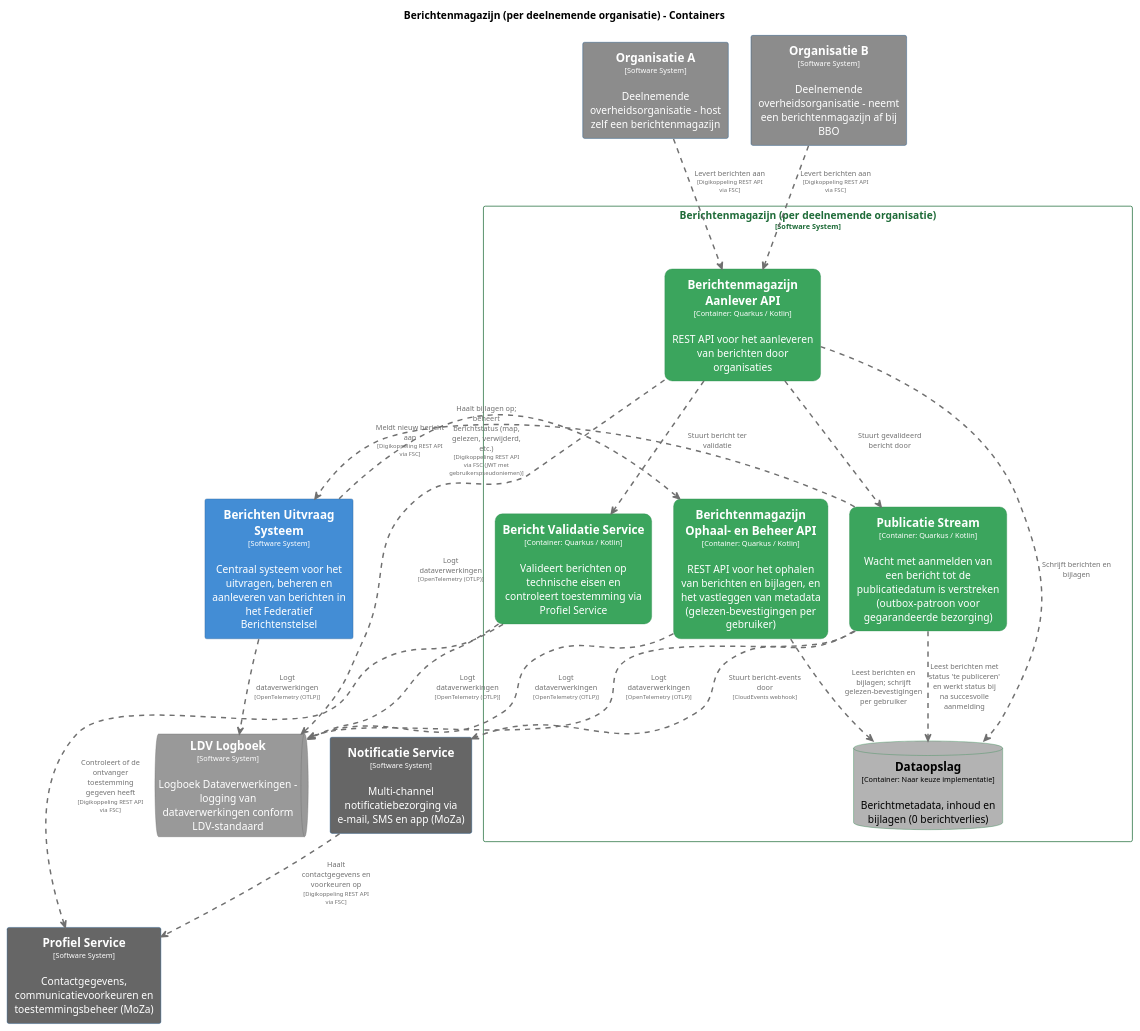
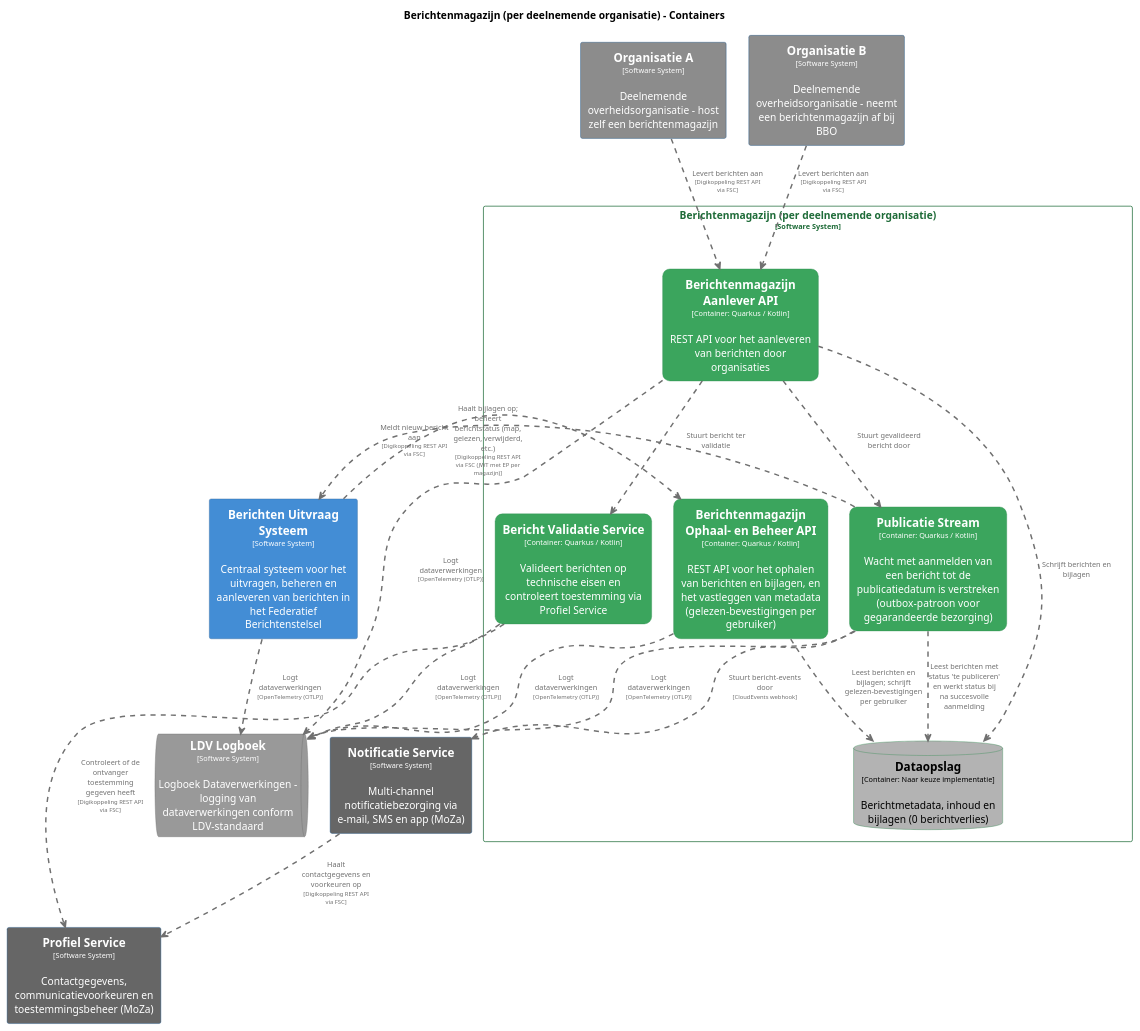
Before and after one commit to MinBZK/moza-poc-fbs-berichtenbox: the diagram in pr-preview/pr-22/master/puml/BerichtenmagazijnContainers.puml, drawn with PlantUML. The commit also changed 34 other files, not shown here.

```diff
--- a/pr-preview/pr-22/master/puml/BerichtenmagazijnContainers.puml
+++ b/pr-preview/pr-22/master/puml/BerichtenmagazijnContainers.puml
@@ -1,126 +1,126 @@
 @startuml
 set separator none
 title Berichtenmagazijn (per deelnemende organisatie) - Containers
 
 top to bottom direction
 skinparam ranksep 60
 skinparam nodesep 30
 
 skinparam {
   arrowFontSize 10
   defaultTextAlignment center
   wrapWidth 200
   maxMessageSize 100
 }
 
 hide stereotype
 
 skinparam rectangle<<Berichtenmagazijnperdeelnemendeorganisatie.BerichtValidatieService>> {
   BackgroundColor #3ba55d
   FontColor #ffffff
   BorderColor #2d8a4e
   roundCorner 20
   shadowing false
 }
 skinparam rectangle<<BerichtenUitvraagSysteem>> {
   BackgroundColor #438dd5
   FontColor #ffffff
   BorderColor #2e6295
   shadowing false
 }
 skinparam rectangle<<Berichtenmagazijnperdeelnemendeorganisatie.BerichtenmagazijnAanleverAPI>> {
   BackgroundColor #3ba55d
   FontColor #ffffff
   BorderColor #2d8a4e
   roundCorner 20
   shadowing false
 }
 skinparam rectangle<<Berichtenmagazijnperdeelnemendeorganisatie.BerichtenmagazijnOphaalenBeheerAPI>> {
   BackgroundColor #3ba55d
   FontColor #ffffff
   BorderColor #2d8a4e
   roundCorner 20
   shadowing false
 }
 skinparam database<<Berichtenmagazijnperdeelnemendeorganisatie.Dataopslag>> {
   BackgroundColor #b3b3b3
   FontColor #000000
   BorderColor #2d8a4e
   shadowing false
 }
 skinparam queue<<LDVLogboek>> {
   BackgroundColor #999999
   FontColor #ffffff
   BorderColor #6b6b6b
   shadowing false
 }
 skinparam rectangle<<NotificatieService>> {
   BackgroundColor #666666
   FontColor #ffffff
   BorderColor #0b4884
   shadowing false
 }
 skinparam rectangle<<OrganisatieA>> {
   BackgroundColor #8c8c8c
   FontColor #ffffff
   BorderColor #0b4884
   shadowing false
 }
 skinparam rectangle<<OrganisatieB>> {
   BackgroundColor #8c8c8c
   FontColor #ffffff
   BorderColor #0b4884
   shadowing false
 }
 skinparam rectangle<<ProfielService>> {
   BackgroundColor #666666
   FontColor #ffffff
   BorderColor #0b4884
   shadowing false
 }
 skinparam rectangle<<Berichtenmagazijnperdeelnemendeorganisatie.PublicatieStream>> {
   BackgroundColor #3ba55d
   FontColor #ffffff
   BorderColor #2d8a4e
   roundCorner 20
   shadowing false
 }
 skinparam rectangle<<Berichtenmagazijnperdeelnemendeorganisatie>> {
   BorderColor #1e6b38
   FontColor #1e6b38
   shadowing false
 }
 
 rectangle "==Profiel Service\n<size:10>[Software System]</size>\n\nContactgegevens, communicatievoorkeuren en toestemmingsbeheer (MoZa)" <<ProfielService>> as ProfielService
 rectangle "==Notificatie Service\n<size:10>[Software System]</size>\n\nMulti-channel notificatiebezorging via e-mail, SMS en app (MoZa)" <<NotificatieService>> as NotificatieService
 rectangle "==Organisatie A\n<size:10>[Software System]</size>\n\nDeelnemende overheidsorganisatie - host zelf een berichtenmagazijn" <<OrganisatieA>> as OrganisatieA
 rectangle "==Organisatie B\n<size:10>[Software System]</size>\n\nDeelnemende overheidsorganisatie - neemt een berichtenmagazijn af bij BBO" <<OrganisatieB>> as OrganisatieB
 rectangle "==Berichten Uitvraag Systeem\n<size:10>[Software System]</size>\n\nCentraal systeem voor het uitvragen, beheren en aanleveren van berichten in het Federatief Berichtenstelsel" <<BerichtenUitvraagSysteem>> as BerichtenUitvraagSysteem
 queue "==LDV Logboek\n<size:10>[Software System]</size>\n\nLogboek Dataverwerkingen - logging van dataverwerkingen conform LDV-standaard" <<LDVLogboek>> as LDVLogboek
 
 rectangle "Berichtenmagazijn (per deelnemende organisatie)\n<size:10>[Software System]</size>" <<Berichtenmagazijnperdeelnemendeorganisatie>> {
   rectangle "==Berichtenmagazijn Ophaal- en Beheer API\n<size:10>[Container: Quarkus / Kotlin]</size>\n\nREST API voor het ophalen van berichten en bijlagen, en het vastleggen van metadata (gelezen-bevestigingen per gebruiker)" <<Berichtenmagazijnperdeelnemendeorganisatie.BerichtenmagazijnOphaalenBeheerAPI>> as Berichtenmagazijnperdeelnemendeorganisatie.BerichtenmagazijnOphaalenBeheerAPI
   rectangle "==Berichtenmagazijn Aanlever API\n<size:10>[Container: Quarkus / Kotlin]</size>\n\nREST API voor het aanleveren van berichten door organisaties" <<Berichtenmagazijnperdeelnemendeorganisatie.BerichtenmagazijnAanleverAPI>> as Berichtenmagazijnperdeelnemendeorganisatie.BerichtenmagazijnAanleverAPI
   database "==Dataopslag\n<size:10>[Container: Naar keuze implementatie]</size>\n\nBerichtmetadata, inhoud en bijlagen (0 berichtverlies)" <<Berichtenmagazijnperdeelnemendeorganisatie.Dataopslag>> as Berichtenmagazijnperdeelnemendeorganisatie.Dataopslag
   rectangle "==Bericht Validatie Service\n<size:10>[Container: Quarkus / Kotlin]</size>\n\nValideert berichten op technische eisen en controleert toestemming via Profiel Service" <<Berichtenmagazijnperdeelnemendeorganisatie.BerichtValidatieService>> as Berichtenmagazijnperdeelnemendeorganisatie.BerichtValidatieService
   rectangle "==Publicatie Stream\n<size:10>[Container: Quarkus / Kotlin]</size>\n\nWacht met aanmelden van een bericht tot de publicatiedatum is verstreken (outbox-patroon voor gegarandeerde bezorging)" <<Berichtenmagazijnperdeelnemendeorganisatie.PublicatieStream>> as Berichtenmagazijnperdeelnemendeorganisatie.PublicatieStream
 }
 
 Berichtenmagazijnperdeelnemendeorganisatie.BerichtenmagazijnOphaalenBeheerAPI .[#707070,thickness=2].> LDVLogboek : "<color:#707070>Logt dataverwerkingen\n<color:#707070><size:8>[OpenTelemetry (OTLP)]</size>"
 Berichtenmagazijnperdeelnemendeorganisatie.BerichtenmagazijnAanleverAPI .[#707070,thickness=2].> LDVLogboek : "<color:#707070>Logt dataverwerkingen\n<color:#707070><size:8>[OpenTelemetry (OTLP)]</size>"
 Berichtenmagazijnperdeelnemendeorganisatie.BerichtValidatieService .[#707070,thickness=2].> LDVLogboek : "<color:#707070>Logt dataverwerkingen\n<color:#707070><size:8>[OpenTelemetry (OTLP)]</size>"
 BerichtenUitvraagSysteem .[#707070,thickness=2].> LDVLogboek : "<color:#707070>Logt dataverwerkingen\n<color:#707070><size:8>[OpenTelemetry (OTLP)]</size>"
 Berichtenmagazijnperdeelnemendeorganisatie.PublicatieStream .[#707070,thickness=2].> LDVLogboek : "<color:#707070>Logt dataverwerkingen\n<color:#707070><size:8>[OpenTelemetry (OTLP)]</size>"
 Berichtenmagazijnperdeelnemendeorganisatie.BerichtenmagazijnOphaalenBeheerAPI .[#707070,thickness=2].> Berichtenmagazijnperdeelnemendeorganisatie.Dataopslag : "<color:#707070>Leest berichten en bijlagen; schrijft gelezen-bevestigingen per gebruiker"
 Berichtenmagazijnperdeelnemendeorganisatie.BerichtenmagazijnAanleverAPI .[#707070,thickness=2].> Berichtenmagazijnperdeelnemendeorganisatie.Dataopslag : "<color:#707070>Schrijft berichten en bijlagen"
 Berichtenmagazijnperdeelnemendeorganisatie.BerichtenmagazijnAanleverAPI .[#707070,thickness=2].> Berichtenmagazijnperdeelnemendeorganisatie.BerichtValidatieService : "<color:#707070>Stuurt bericht ter validatie"
 Berichtenmagazijnperdeelnemendeorganisatie.BerichtenmagazijnAanleverAPI .[#707070,thickness=2].> Berichtenmagazijnperdeelnemendeorganisatie.PublicatieStream : "<color:#707070>Stuurt gevalideerd bericht door"
 Berichtenmagazijnperdeelnemendeorganisatie.PublicatieStream .[#707070,thickness=2].> Berichtenmagazijnperdeelnemendeorganisatie.Dataopslag : "<color:#707070>Leest berichten met status 'te publiceren' en werkt status bij na succesvolle aanmelding"
-BerichtenUitvraagSysteem .[#707070,thickness=2].> Berichtenmagazijnperdeelnemendeorganisatie.BerichtenmagazijnOphaalenBeheerAPI : "<color:#707070>Haalt bijlagen op; beheert berichtstatus (map, gelezen, verwijderd, etc.)\n<color:#707070><size:8>[Digikoppeling REST API via FSC (JWT met gebruikerspseudoniemen)]</size>"
+BerichtenUitvraagSysteem .[#707070,thickness=2].> Berichtenmagazijnperdeelnemendeorganisatie.BerichtenmagazijnOphaalenBeheerAPI : "<color:#707070>Haalt bijlagen op; beheert berichtstatus (map, gelezen, verwijderd, etc.)\n<color:#707070><size:8>[Digikoppeling REST API via FSC (JWT met EP per magazijn)]</size>"
 Berichtenmagazijnperdeelnemendeorganisatie.PublicatieStream .[#707070,thickness=2].> BerichtenUitvraagSysteem : "<color:#707070>Meldt nieuw bericht aan\n<color:#707070><size:8>[Digikoppeling REST API via FSC]</size>"
 Berichtenmagazijnperdeelnemendeorganisatie.PublicatieStream .[#707070,thickness=2].> NotificatieService : "<color:#707070>Stuurt bericht-events door\n<color:#707070><size:8>[CloudEvents webhook]</size>"
 NotificatieService .[#707070,thickness=2].> ProfielService : "<color:#707070>Haalt contactgegevens en voorkeuren op\n<color:#707070><size:8>[Digikoppeling REST API via FSC]</size>"
 OrganisatieA .[#707070,thickness=2].> Berichtenmagazijnperdeelnemendeorganisatie.BerichtenmagazijnAanleverAPI : "<color:#707070>Levert berichten aan\n<color:#707070><size:8>[Digikoppeling REST API via FSC]</size>"
 OrganisatieB .[#707070,thickness=2].> Berichtenmagazijnperdeelnemendeorganisatie.BerichtenmagazijnAanleverAPI : "<color:#707070>Levert berichten aan\n<color:#707070><size:8>[Digikoppeling REST API via FSC]</size>"
 Berichtenmagazijnperdeelnemendeorganisatie.BerichtValidatieService .[#707070,thickness=2].> ProfielService : "<color:#707070>Controleert of de ontvanger toestemming gegeven heeft\n<color:#707070><size:8>[Digikoppeling REST API via FSC]</size>"
 @enduml
```
